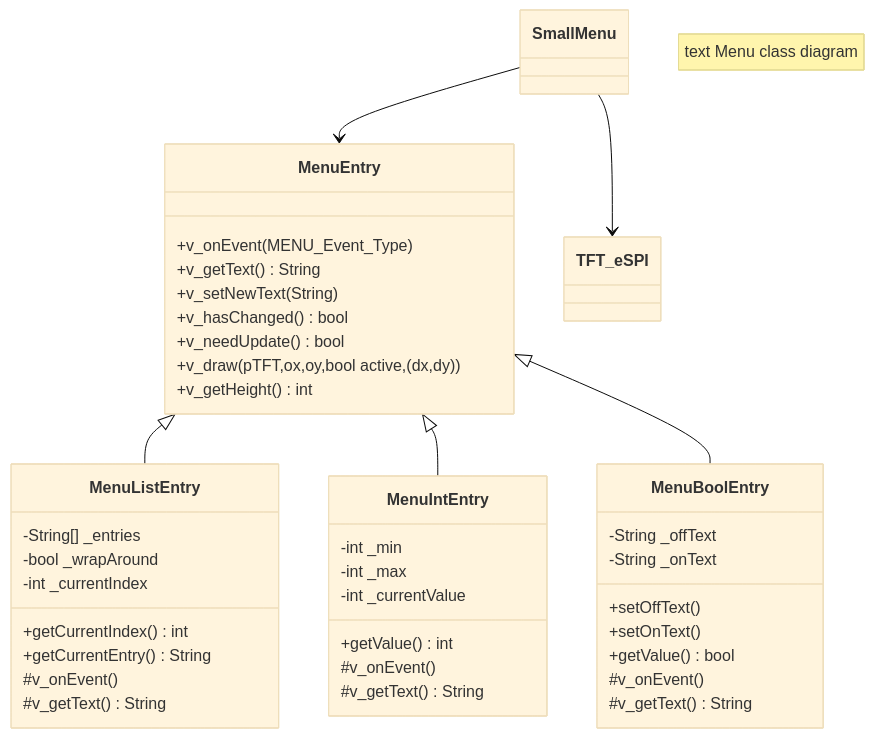
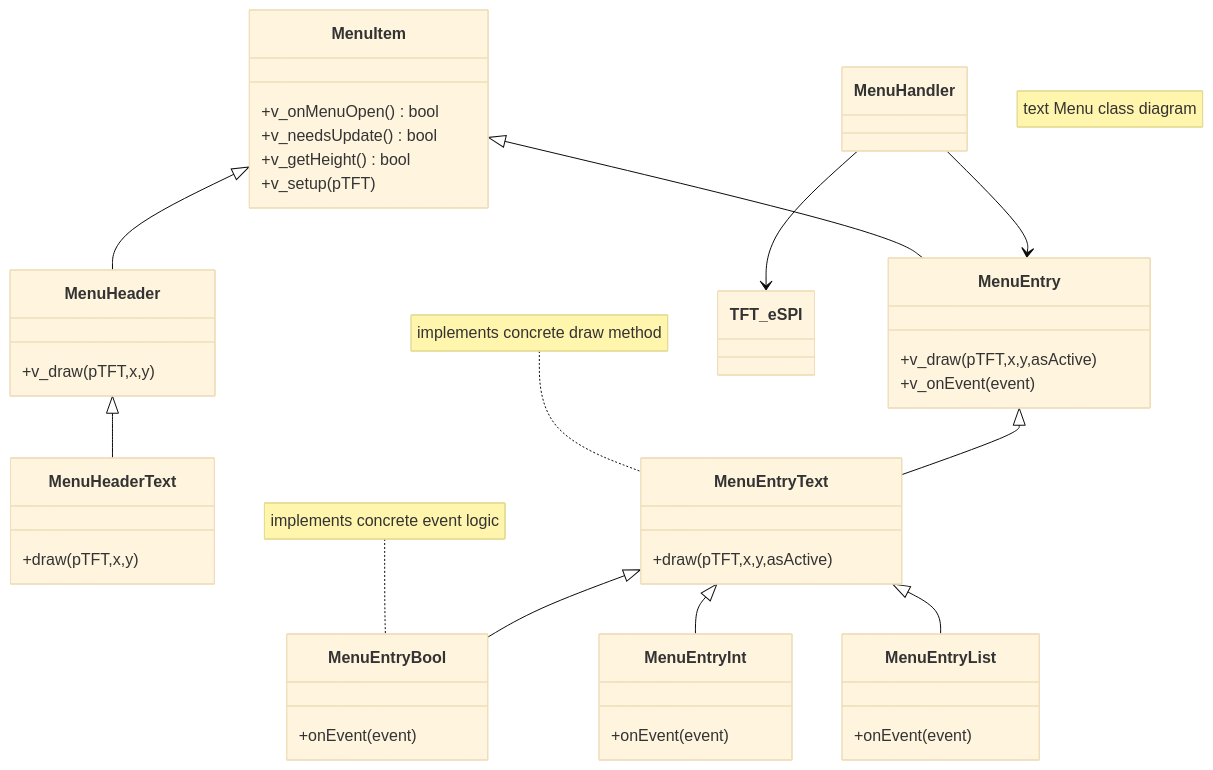
The diagram in lib/SmallMenu/Readme.md (MonkeyCodeMen/ULC-Pico-C-Code), drawn with Mermaid (base theme) before and after one commit. The commit also changed 2 other files, not shown here.

Commit message:
menu changed to new class concept

```diff
--- a/lib/SmallMenu/Readme.md
+++ b/lib/SmallMenu/Readme.md
@@ -18,57 +18,57 @@
 :::mermaid
 classDiagram
     note "text Menu class diagram"
-    MenuEntry <|-- MenuListEntry
-    MenuEntry <|-- MenuIntEntry
-    MenuEntry <|-- MenuBoolEntry
-    SmallMenu --> MenuEntry
-    SmallMenu --> TFT_eSPI
+
+    MenuItem <|-- MenuHeader
+    MenuItem <|-- MenuEntry
+
+    MenuHeader <|-- MenuHeaderText
+    MenuEntry  <|-- MenuEntryText
+
+    MenuEntryText <|-- MenuEntryBool
+    MenuEntryText <|-- MenuEntryInt
+    MenuEntryText <|-- MenuEntryList
+
+    MenuHandler --> MenuEntry
+    MenuHandler --> TFT_eSPI
 
 
+    class MenuItem{
+        +v_onMenuOpen() bool
+        +v_needsUpdate() bool
+        +v_getHeight() bool
+        +v_setup(pTFT)
+    }
+
+    class MenuHeader{
+        +v_draw(pTFT,x,y)
+    }
+
     class MenuEntry{
-        +v_onEvent(MENU_Event_Type)
-        +v_getText() String
-        +v_setNewText(String)
-        +v_hasChanged() bool
-        +v_needUpdate() bool
-        +v_draw(pTFT,ox,oy,bool active,(dx,dy))
-        +v_getHeight() int
+        +v_draw(pTFT,x,y,asActive)
+        +v_onEvent(event)
+    }
+
+    class MenuHeaderText{
+        +draw(pTFT,x,y)
+    }
+
+    class MenuEntryText{
+        +draw(pTFT,x,y,asActive)
+    }
+    note for MenuEntryText "implements concrete draw method"
+
+    class MenuEntryBool{
+        +onEvent(event)
+    }
+    note for MenuEntryBool "implements concrete event logic"
+
+    class MenuEntryList{
+        +onEvent(event)
+    }
+    class MenuEntryInt{
+        +onEvent(event)
+    }
 
 
-    }
-
-    class MenuIntEntry{
-        -int _min
-        -int _max
-        -int _currentValue
-
-        +getValue() int
-
-        #v_onEvent()
-        #v_getText() String
-    }
-
-    class MenuBoolEntry{
-        -String _offText
-        -String _onText
-
-        +setOffText()
-        +setOnText()
-        +getValue() bool
-
-        #v_onEvent()
-        #v_getText() String
-    }
-
-    class MenuListEntry{
-        -String[] _entries
-        -bool     _wrapAround
-        -int      _currentIndex
-
-        +getCurrentIndex() int
-        +getCurrentEntry() String
-        
-        #v_onEvent()
-        #v_getText() String
-    }
 :::
```
